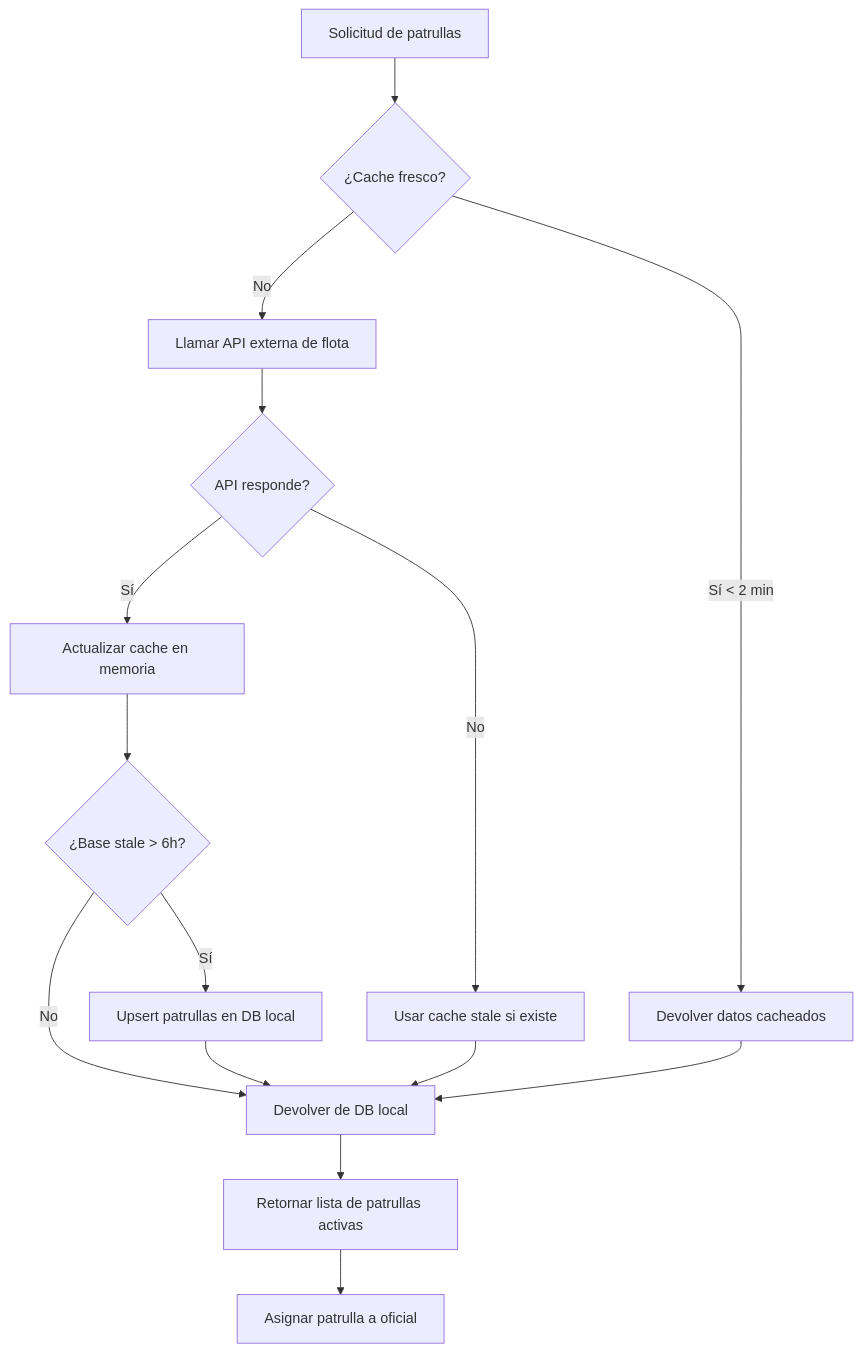
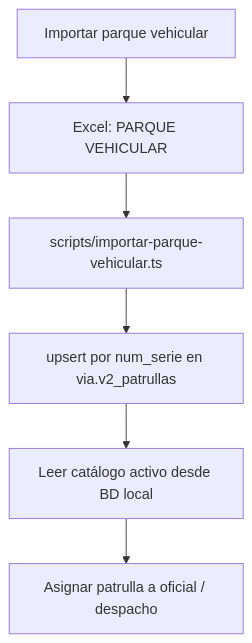
Before and after one commit to CESARBR2025/sentinel-qa: the diagram in boveda/🧩 Features/Flota.md, drawn with Mermaid. The commit also changed other lines of this file and 61 other files, not shown here.

Commit message:
delete api flota

````diff
--- a/boveda/🧩 Features/Flota.md
+++ b/boveda/🧩 Features/Flota.md
@@ -9,17 +9,8 @@
 ```mermaid
 flowchart TD
-    A[Solicitud de patrullas] --> B{¿Cache fresco?}
-    B -->|Sí < 2 min| C[Devolver datos cacheados]
-    B -->|No| D[Llamar API externa de flota]
-    D --> E{API responde?}
-    E -->|Sí| F[Actualizar cache en memoria]
-    E -->|No| G[Usar cache stale si existe]
-    F --> H{¿Base stale > 6h?}
-    H -->|Sí| I[Upsert patrullas en DB local]
-    H -->|No| J[Devolver de DB local]
-    I --> J
-    G --> J
-    C --> J
-    J --> K[Retornar lista de patrullas activas]
-    K --> L[Asignar patrulla a oficial]
+    A[Importar parque vehicular] --> B[Excel: PARQUE VEHICULAR]
+    B --> C[scripts/importar-parque-vehicular.ts]
+    C --> D[upsert por num_serie en via.v2_patrullas]
+    D --> E[Leer catálogo activo desde BD local]
+    E --> F[Asignar patrulla a oficial / despacho]
 ```
````
